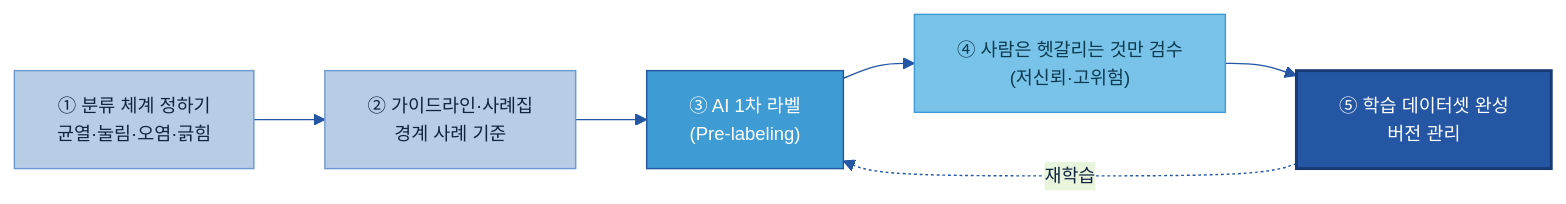
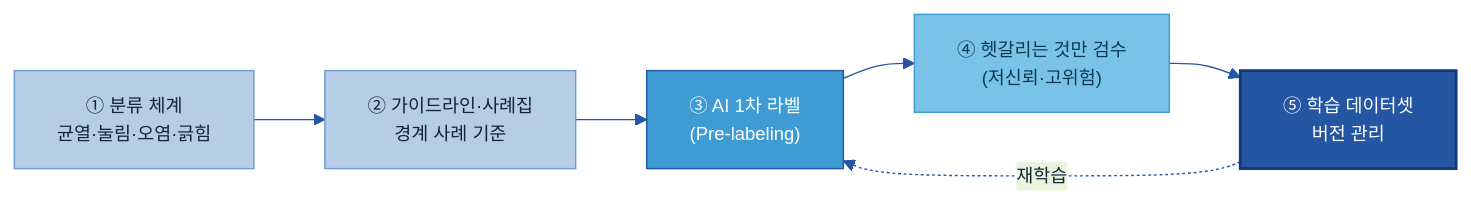
Before and after one commit to jin-kearney/ai-ready-data-manual: the third of 6 diagrams in 가이드 작성/B-2 데이터 해설·주석/B-2 데이터 해설·주석.md, drawn with Mermaid. The commit also changed other lines of this file and 1 other file, not shown here.

````diff
--- a/가이드 작성/B-2 데이터 해설·주석/B-2 데이터 해설·주석.md
+++ b/가이드 작성/B-2 데이터 해설·주석/B-2 데이터 해설·주석.md
@@ -523,15 +376,15 @@
 ```mermaid
 %%{init: {'theme':'base','themeVariables':{'primaryColor':'#DCE8F5','primaryBorderColor':'#2456A4','primaryTextColor':'#10243f','lineColor':'#2456A4','fontSize':'13px'}}}%%
 flowchart LR
-    S1["① 분류 체계 정하기<br/>균열·눌림·오염·긁힘"]:::n
+    S1["① 분류 체계<br/>균열·눌림·오염·긁힘"]:::n
     S2["② 가이드라인·사례집<br/>경계 사례 기준"]:::n
     S3["③ AI 1차 라벨<br/>(Pre-labeling)"]:::gate
-    S4["④ 사람은 헷갈리는 것만 검수<br/>(저신뢰·고위험)"]:::src
-    S5["⑤ 학습 데이터셋 완성<br/>버전 관리"]:::cat
+    S4["④ 헷갈리는 것만 검수<br/>(저신뢰·고위험)"]:::src
+    S5["⑤ 학습 데이터셋<br/>버전 관리"]:::cat
     S1 --> S2 --> S3 --> S4 --> S5
     S5 -.재학습.-> S3
     classDef n fill:#B7CDE6,stroke:#6B9AD1,color:#10243f;
     classDef src fill:#79C3E8,stroke:#3F9BD4,color:#0b3a52;
     classDef cat fill:#2456A4,color:#fff,stroke:#163a73,stroke-width:2px;
     classDef gate fill:#3F9BD4,stroke:#2456A4,color:#fff;
 ```
````
